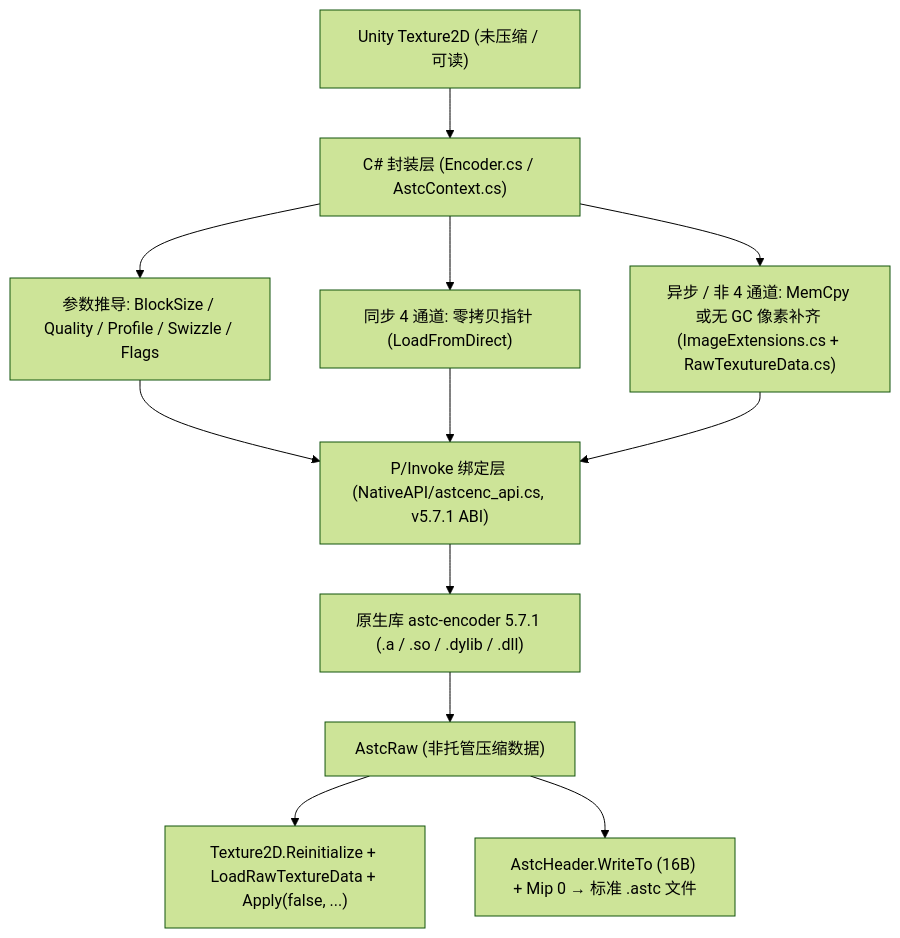
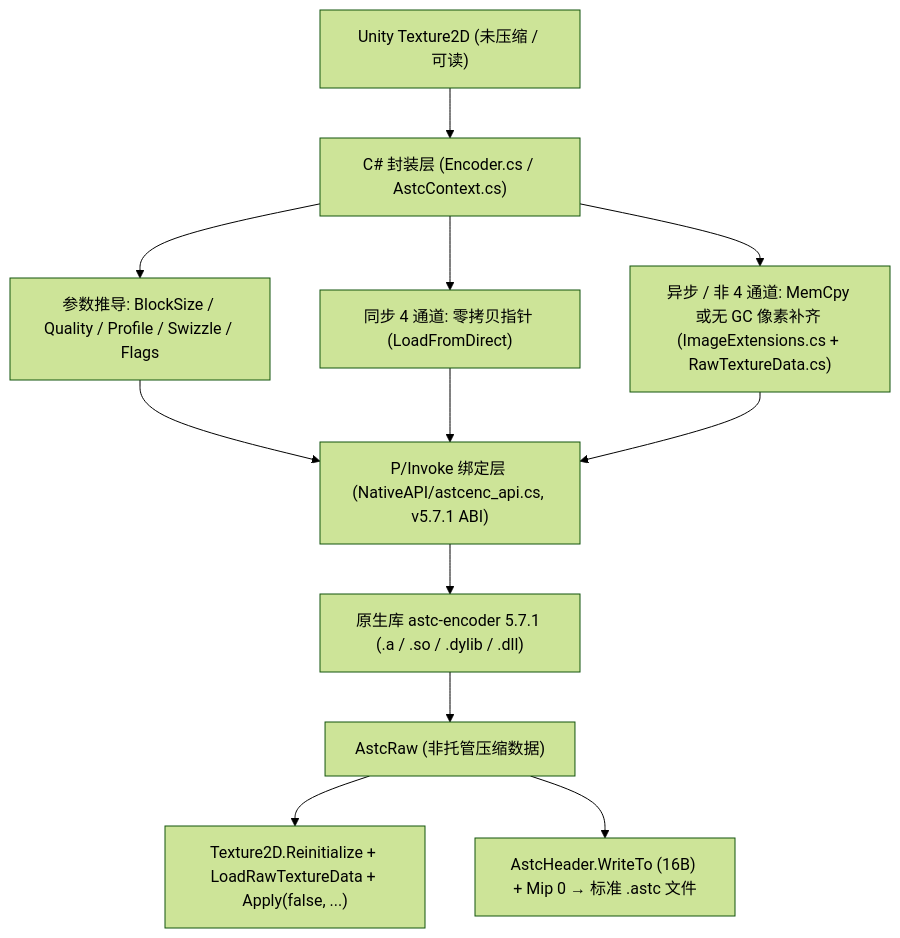
Before and after one commit to Overflowu/Runtime-ASTC-Encoder-For-Unity: the diagram in README.md, drawn with Mermaid (forest theme). The commit also changed other lines of this file, not shown here.

````diff
--- a/README.md
+++ b/README.md
@@ -241,14 +248,14 @@
 ```mermaid
 flowchart TD
     A["Unity Texture2D (未压缩 / 可读)"] --> B["C# 封装层 (Encoder.cs / AstcContext.cs)"]
     B --> C["参数推导: BlockSize / Quality / Profile / Swizzle / Flags"]
     B --> D1["同步 4 通道: 零拷贝指针 (LoadFromDirect)"]
-    B --> D2["异步 / 非 4 通道: MemCpy 或无 GC 像素补齐 (ImageExtensions.cs + RawTexutureData.cs)"]
+    B --> D2["异步 / 非 4 通道: MemCpy 或无 GC 像素补齐 (ImageExtensions.cs + RawTextureData.cs)"]
     C --> E["P/Invoke 绑定层 (NativeAPI/astcenc_api.cs, v5.7.1 ABI)"]
     D1 --> E
     D2 --> E
     E --> F["原生库 astc-encoder 5.7.1 (.a / .so / .dylib / .dll)"]
     F --> G["AstcRaw (非托管压缩数据)"]
     G --> H1["Texture2D.Reinitialize + LoadRawTextureData + Apply(false, ...)"]
     G --> H2["AstcHeader.WriteTo (16B) + Mip 0 → 标准 .astc 文件"]
 ```
````
